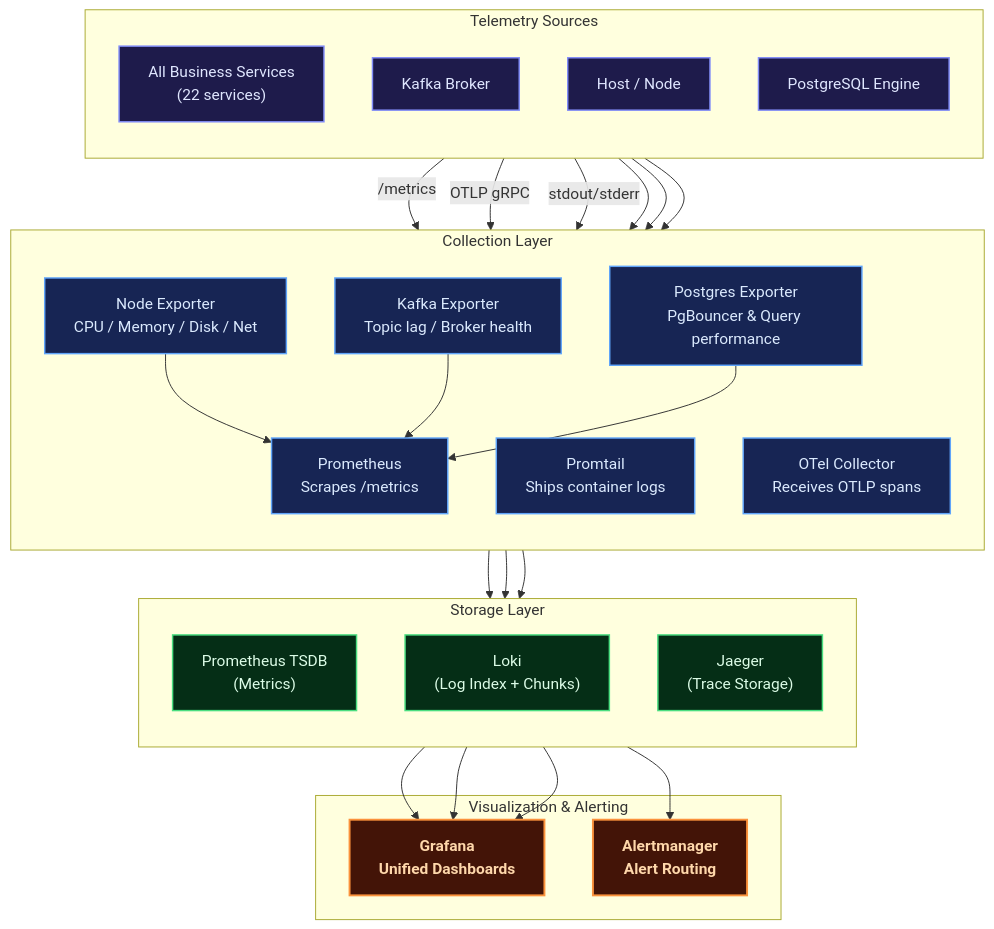
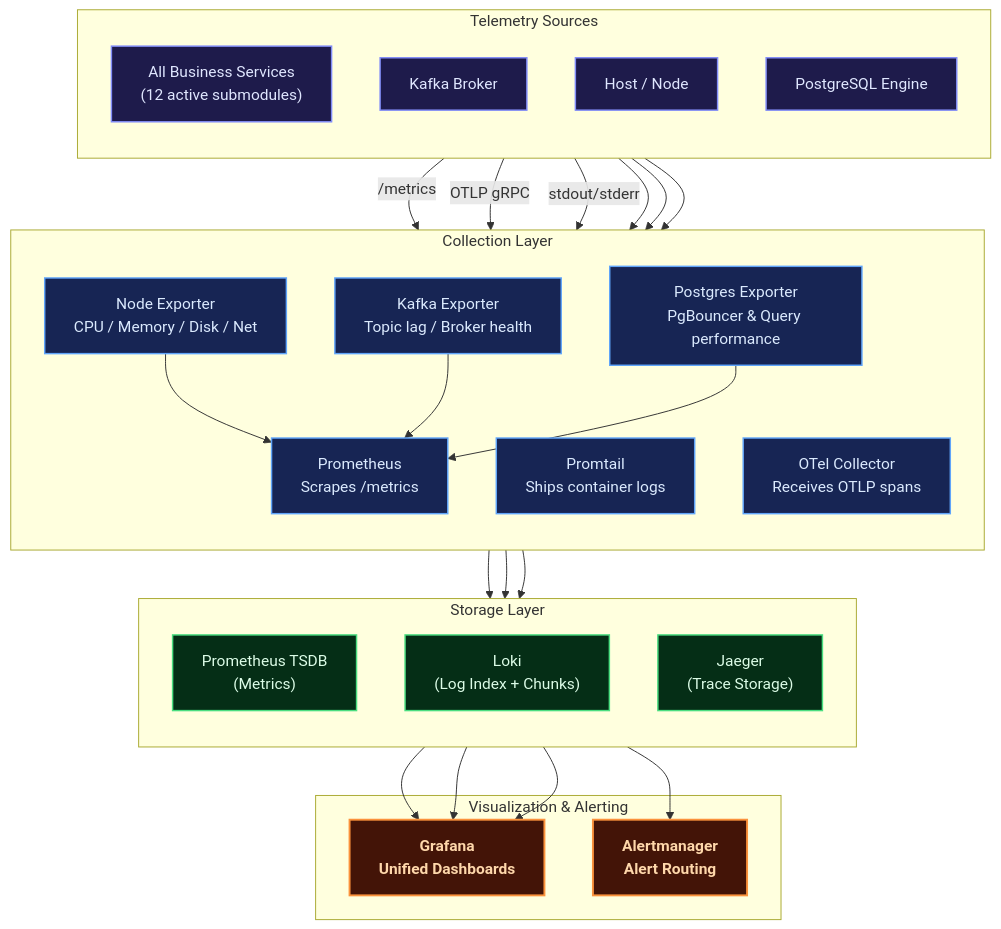
One commit to MamangRust/modular-monolith-vertx-point-of-sale changed the sixth of 7 diagrams in README.md. Above: the diagram before and after it, drawn with Mermaid. The commit also changed other lines of this file, not shown here.

Commit message:
docs: refresh README to reflect Vert.x architecture and POS system scope

````diff
--- a/README.md
+++ b/README.md
@@ -331,56 +304,56 @@
 ```mermaid
 graph TB
     classDef service fill:#1e1b4b,stroke:#818cf8,color:#e0e7ff,stroke-width:1.5px
     classDef collector fill:#172554,stroke:#60a5fa,color:#dbeafe,stroke-width:1.5px
     classDef storage fill:#052e16,stroke:#4ade80,color:#dcfce7,stroke-width:1.5px
     classDef viz fill:#431407,stroke:#fb923c,color:#fed7aa,stroke-width:2px,font-weight:bold
 
     subgraph Sources["Telemetry Sources"]
         direction TB
-        SVCS["All Business Services<br/>(22 services)"]:::service
+        SVCS["All Business Services<br/>(12 active submodules)"]:::service
         KAFKA_SRC["Kafka Broker"]:::service
         NODES["Host / Node"]:::service
         DB_SRC["PostgreSQL Engine"]:::service
     end
 
     subgraph Collectors["Collection Layer"]
         direction TB
         PROM["Prometheus<br/>Scrapes /metrics"]:::collector
         PROMTAIL["Promtail<br/>Ships container logs"]:::collector
         OTEL["OTel Collector<br/>Receives OTLP spans"]:::collector
         NODEX["Node Exporter<br/>CPU / Memory / Disk / Net"]:::collector
         KAFKAX["Kafka Exporter<br/>Topic lag / Broker health"]:::collector
         PGX["Postgres Exporter<br/>PgBouncer & Query performance"]:::collector
     end
 
     subgraph Storage["Storage Layer"]
         direction TB
         PROM_TSDB["Prometheus TSDB<br/>(Metrics)"]:::storage
         LOKI_STORE["Loki<br/>(Log Index + Chunks)"]:::storage
         JAEGER_STORE["Jaeger<br/>(Trace Storage)"]:::storage
     end
 
     subgraph Visualization["Visualization & Alerting"]
         GRAFANA["Grafana<br/>Unified Dashboards"]:::viz
         ALERTMGR["Alertmanager<br/>Alert Routing"]:::viz
     end
 
     SVCS -->|"/metrics"| PROM
     SVCS -->|"OTLP gRPC"| OTEL
     SVCS -->|"stdout/stderr"| PROMTAIL
     NODES --> NODEX
     KAFKA_SRC --> KAFKAX
     DB_SRC --> PGX
 
     NODEX --> PROM
     KAFKAX --> PROM
     PGX --> PROM
     PROM --> PROM_TSDB
     PROMTAIL --> LOKI_STORE
     OTEL --> JAEGER_STORE
 
     PROM_TSDB --> GRAFANA
     LOKI_STORE --> GRAFANA
     JAEGER_STORE --> GRAFANA
     PROM_TSDB --> ALERTMGR
 ```
````
